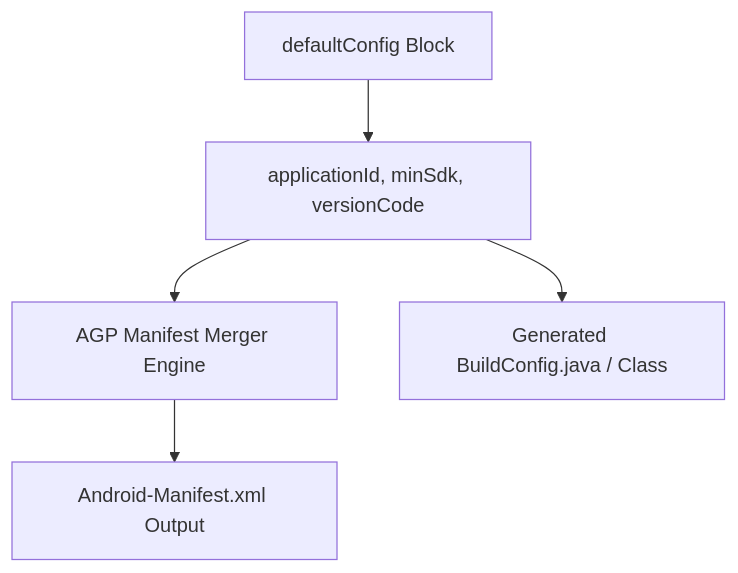
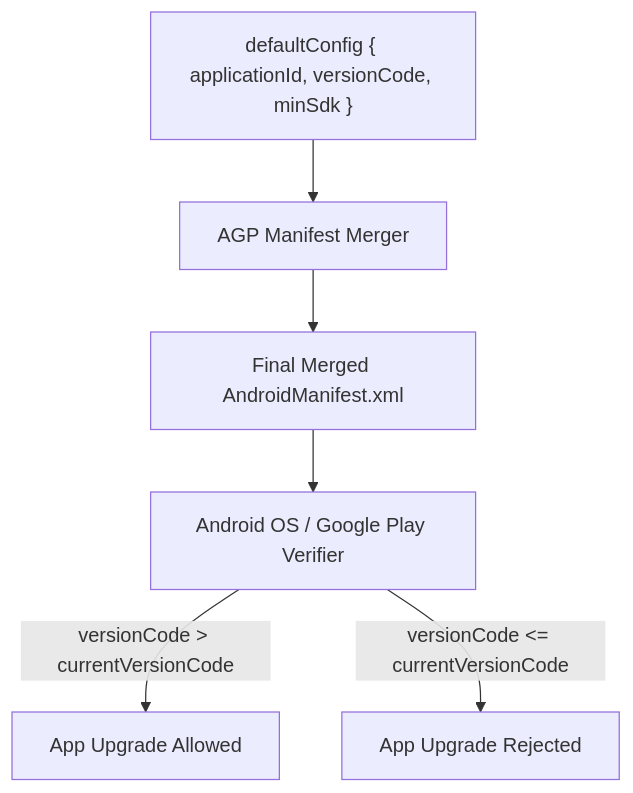
One commit to youngmin-gwon/what-i-studied changed the diagram in 01_inbox/mobile/android/03_packaging_deployment/build/gradle/gradle-build-contracts/android-default-config-defines-identity-and-version-contracts.md. Above: the diagram before and after it, drawn with Mermaid. The commit also changed other lines of this file and 134 other files, not shown here.

````diff
--- a/01_inbox/mobile/android/03_packaging_deployment/build/gradle/gradle-build-contracts/android-default-config-defines-identity-and-version-contracts.md
+++ b/01_inbox/mobile/android/03_packaging_deployment/build/gradle/gradle-build-contracts/android-default-config-defines-identity-and-version-contracts.md
@@ -23,7 +29,8 @@
 ```mermaid
 flowchart TD
-    DefaultConfig["defaultConfig Block"] --> BaseProps["applicationId, minSdk, versionCode"]
-    BaseProps --> ManifestMerger["AGP Manifest Merger Engine"]
-    ManifestMerger --> MergedManifest["Android-Manifest.xml Output"]
-    BaseProps --> BuildConfigGen["Generated BuildConfig.java / Class"]
+    DefaultConfig["defaultConfig { applicationId, versionCode, minSdk }"] --> AGPMerger["AGP Manifest Merger"]
+    AGPMerger --> FinalManifest["Final Merged AndroidManifest.xml"]
+    FinalManifest --> OSValidator["Android OS / Google Play Verifier"]
+    OSValidator -->|versionCode > currentVersionCode| UpgradeSuccess["App Upgrade Allowed"]
+    OSValidator -->|versionCode <= currentVersionCode| UpgradeReject["App Upgrade Rejected"]
 ```
````
